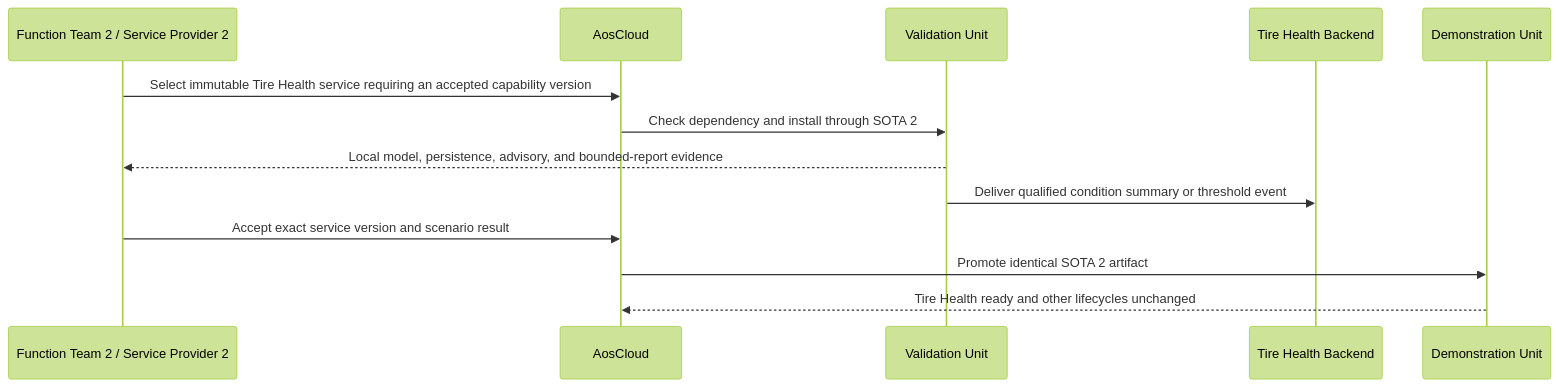
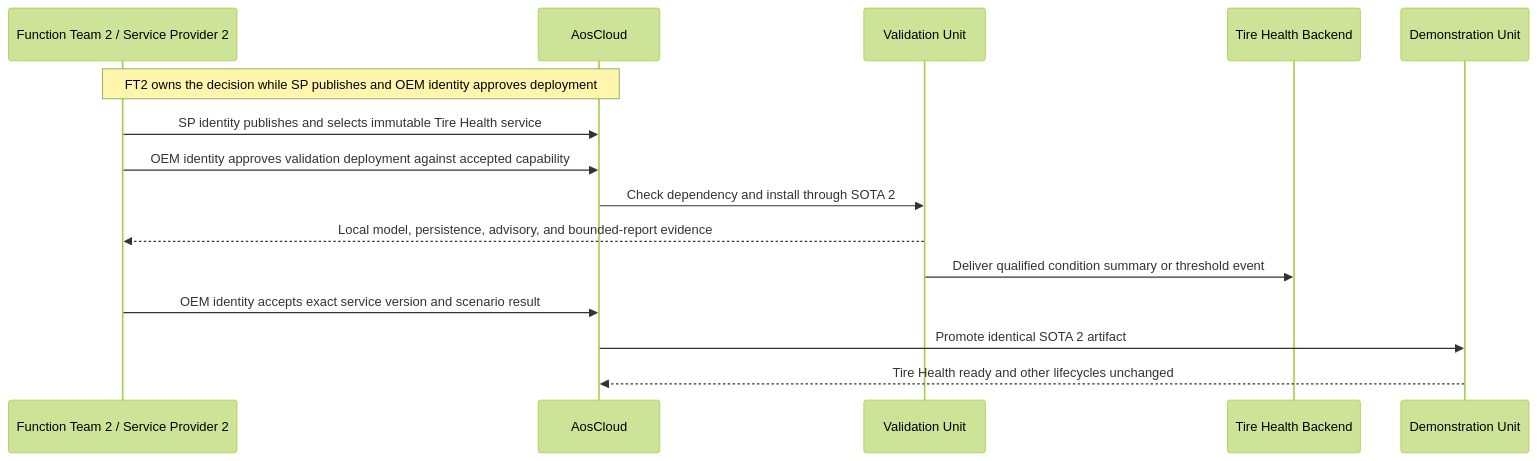
Diagram 14 of 17 in docs/architecture/demo-scenario-architecture-flows.md (alexmaninblack/aosedge-sdv-demo), drawn with Mermaid (forest theme) before and after one commit. The commit also changed other lines of this file and 9 other files, not shown here.

````diff
--- a/docs/architecture/demo-scenario-architecture-flows.md
+++ b/docs/architecture/demo-scenario-architecture-flows.md
@@ -740,16 +763,18 @@
 ```mermaid
 sequenceDiagram
     participant FT2 as Function Team 2 / Service Provider 2
     participant AC as AosCloud
     participant VU as Validation Unit
     participant TB as Tire Health Backend
     participant DU as Demonstration Unit
 
-    FT2->>AC: Select immutable Tire Health service requiring an accepted capability version
+    Note over FT2,AC: FT2 owns the decision while SP publishes and OEM identity approves deployment
+    FT2->>AC: SP identity publishes and selects immutable Tire Health service
+    FT2->>AC: OEM identity approves validation deployment against accepted capability
     AC->>VU: Check dependency and install through SOTA 2
     VU-->>FT2: Local model, persistence, advisory, and bounded-report evidence
     VU->>TB: Deliver qualified condition summary or threshold event
-    FT2->>AC: Accept exact service version and scenario result
+    FT2->>AC: OEM identity accepts exact service version and scenario result
     AC->>DU: Promote identical SOTA 2 artifact
     DU-->>AC: Tire Health ready and other lifecycles unchanged
 ```
````
